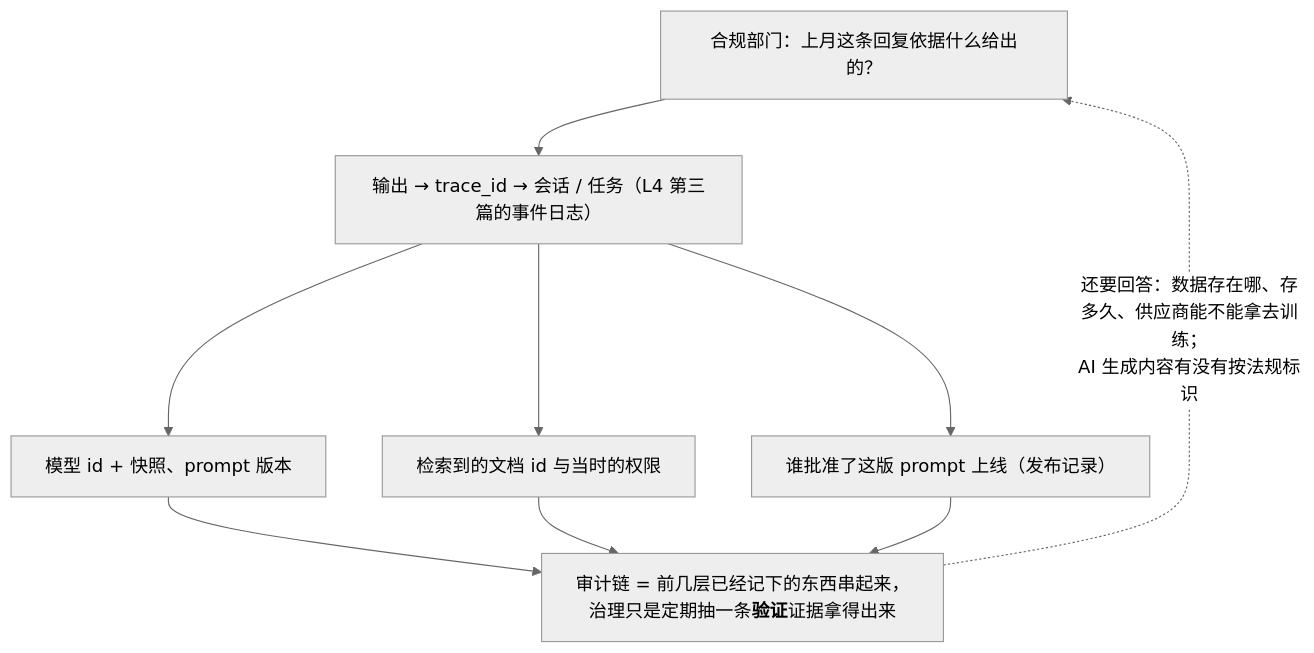
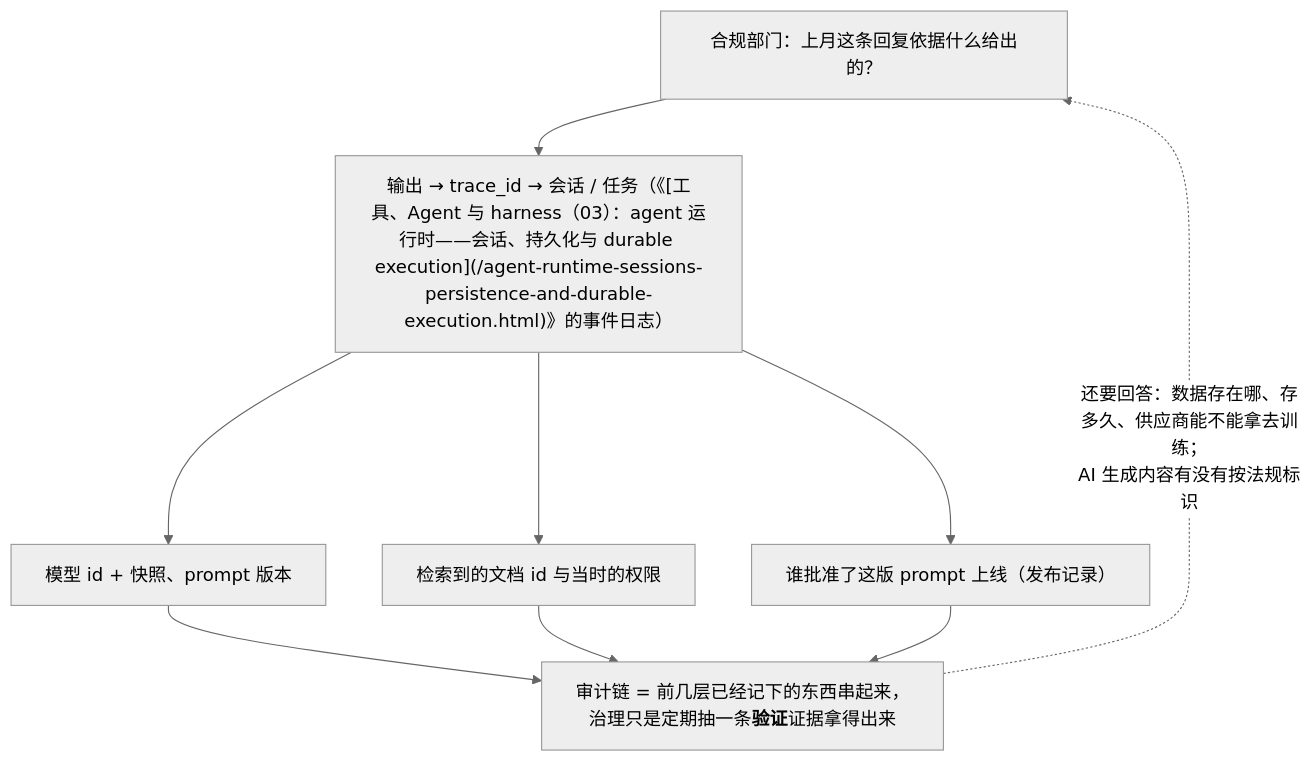
One commit to arganzheng/arganzheng.github.com changed the sixth of 8 diagrams in slides/2026-11-14-production-and-operations.md. Above: the diagram before and after it, drawn with Mermaid (neutral theme). The commit also changed other lines of this file and 128 other files, not shown here.

Commit message:
（01）预训练端到端：MPS 定义、Common Crawl 配比列表、六章改名「定长的训练样本」补切碎文档的说明与打包示意图、自测竖线转义（#245）；全站 L 层简写引用换成《系列名》链接（#244）

````diff
--- a/slides/2026-11-14-production-and-operations.md
+++ b/slides/2026-11-14-production-and-operations.md
@@ -193,11 +193,11 @@
 ```mermaid
 %%{init: {"flowchart": {"wrappingWidth": 300}}}%%
 flowchart TB
-    Q["合规部门：上月这条回复依据什么给出的？"] --> O["输出 → trace_id → 会话 / 任务（L4 第三篇的事件日志）"]
+    Q["合规部门：上月这条回复依据什么给出的？"] --> O["输出 → trace_id → 会话 / 任务（《[工具、Agent 与 harness（03）：agent 运行时——会话、持久化与 durable execution](/agent-runtime-sessions-persistence-and-durable-execution.html)》的事件日志）"]
     O --> M["模型 id + 快照、prompt 版本"]
     O --> R["检索到的文档 id 与当时的权限"]
     O --> A["谁批准了这版 prompt 上线（发布记录）"]
     M & R & A --> E["审计链 = 前几层已经记下的东西串起来，<br/>治理只是定期抽一条<b>验证</b>证据拿得出来"]
     E -. "还要回答：数据存在哪、存多久、供应商能不能拿去训练；<br/>AI 生成内容有没有按法规标识" .-> Q
 
 ```
````
